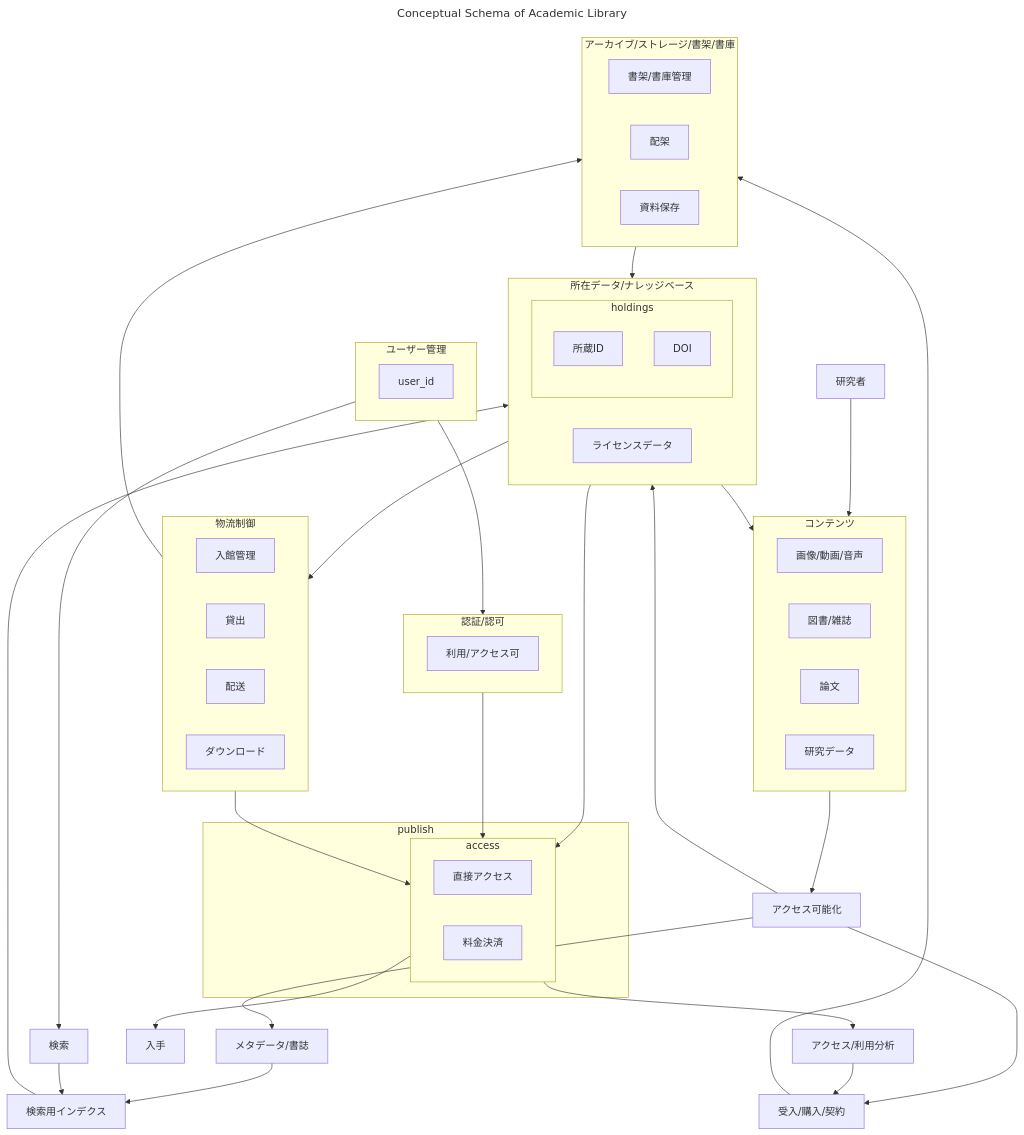
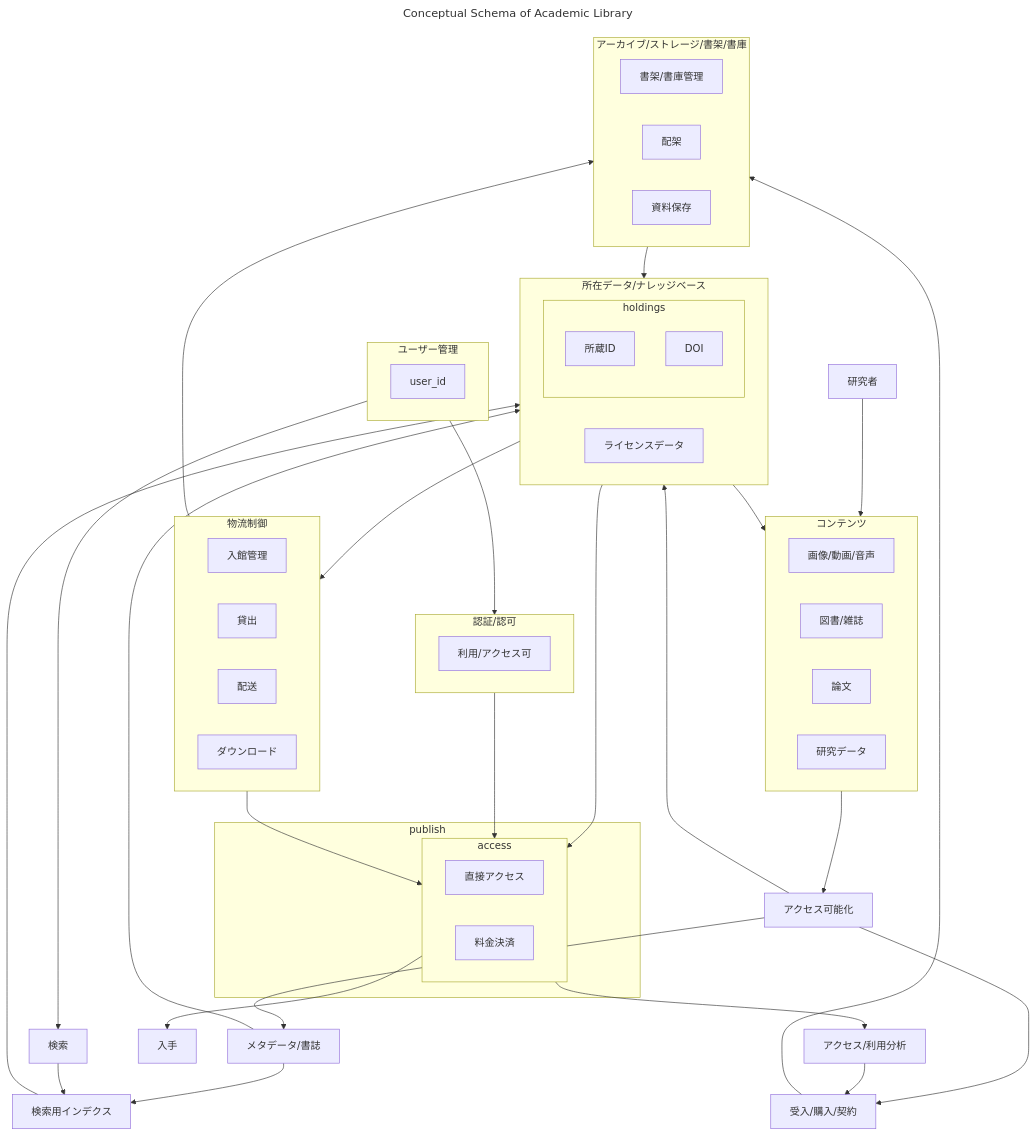
Before and after one commit to wonox/libraryschema: the diagram in README.md, drawn with Mermaid.

Commit message:
'0321-2rev'

````diff
--- a/README.md
+++ b/README.md
@@ -6,72 +6,73 @@
 ```mermaid
 ---
 title: Conceptual Schema of Academic Library
 ---
 flowchart TB
 
 accessible[アクセス可能化]
 licence["ライセンスデータ"]
 fullfilment["受入/購入/契約"]
 metadata["メタデータ/書誌"]
 
 研究者 --> contents
 contents --> accessible
 accessible --> metadata
 accessible --> kb
 accessible --> fullfilment
 archive --> kb
 fullfilment --> archive
 kb --> contents
 kb --> logistics
 kb --> access
 access --> analyze["アクセス/利用分析"]
 analyze --> fullfilment
 access --> 入手
 authenticate --> access
 logistics --> access
 logistics --> archive
 metadata --> 検索用インデクス
+metadata --> kb
 検索用インデクス --> kb
 user --> 検索
 user --> authenticate
 検索 --> 検索用インデクス
 
 subgraph contents["コンテンツ"]
     画像/動画/音声
     図書/雑誌
     論文
     研究データ
 end
 subgraph publish
     access
 end
 subgraph kb["所在データ/ナレッジベース"]
    subgraph holdings
      所蔵ID
      DOI
    end
    licence
 end
 subgraph user["ユーザー管理"]
    user_id
 end
 subgraph logistics["物流制御"]
    入館管理
    貸出
    配送
    ダウンロード
 end 
 subgraph authenticate["認証/認可"]
    利用/アクセス可
 end
 subgraph access
     直接アクセス
     料金決済
 end 
 subgraph archive["アーカイブ/ストレージ/書架/書庫"]
    書架/書庫管理
    配架
    資料保存
 end  
 
 ```
````
